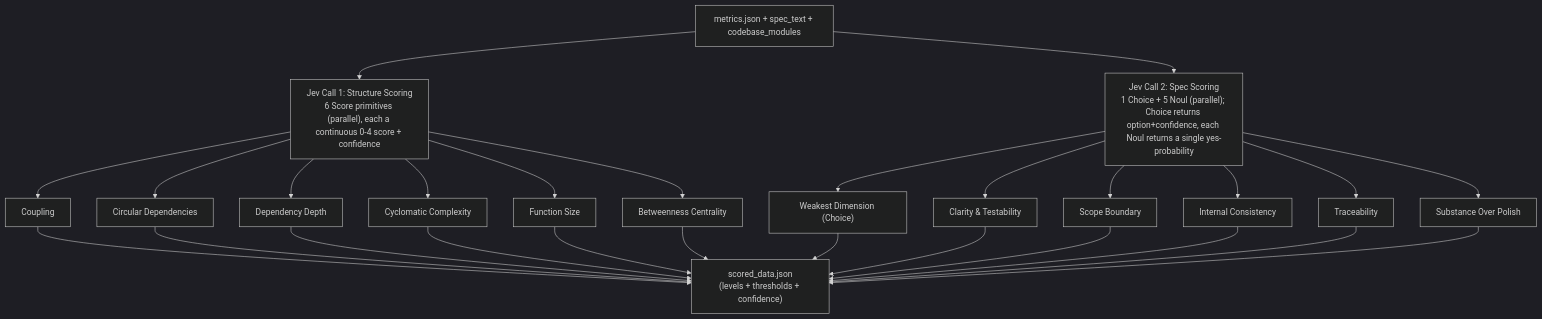
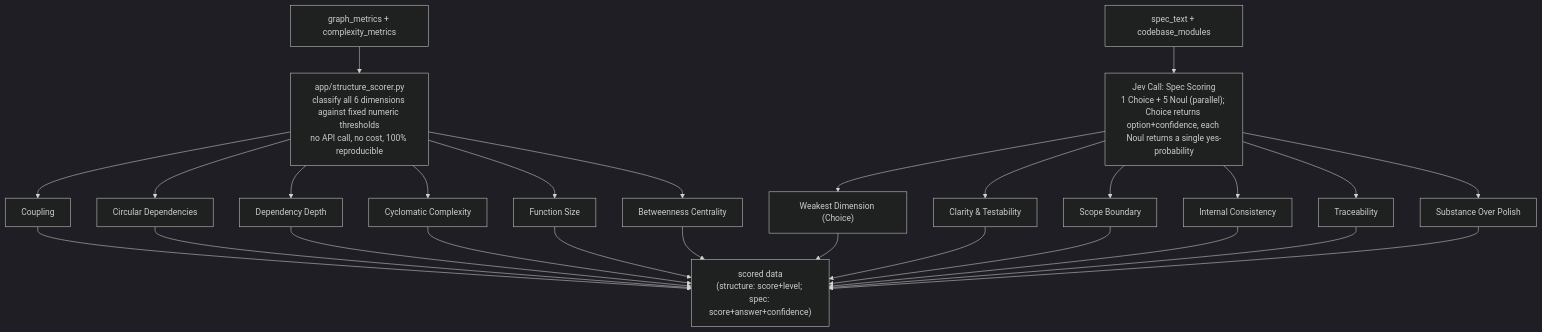
One commit to arieprasetyo-ecomindo/scorer_cli changed the second of 3 diagrams in docs/ARCHITECTURE.md. Above: the diagram before and after it, drawn with Mermaid (dark theme). The commit also changed other lines of this file and 20 other files, not shown here.

````diff
--- a/docs/ARCHITECTURE.md
+++ b/docs/ARCHITECTURE.md
@@ -28,20 +39,20 @@
 ```mermaid
 flowchart TD
-    IN["metrics.json + spec_text + codebase_modules"] --> S["Jev Call 1: Structure Scoring<br/>6 Score primitives (parallel), each a continuous 0-4 score + confidence"]
+    GM["graph_metrics + complexity_metrics"] --> S["app/structure_scorer.py<br/>classify all 6 dimensions against fixed numeric thresholds<br/>no API call, no cost, 100% reproducible"]
     S --> S1["Coupling"]
     S --> S2["Circular Dependencies"]
     S --> S3["Dependency Depth"]
     S --> S4["Cyclomatic Complexity"]
     S --> S5["Function Size"]
     S --> S6["Betweenness Centrality"]
 
-    IN --> P["Jev Call 2: Spec Scoring<br/>1 Choice + 5 Noul (parallel); Choice returns option+confidence, each Noul returns a single yes-probability"]
+    IN["spec_text + codebase_modules"] --> P["Jev Call: Spec Scoring<br/>1 Choice + 5 Noul (parallel); Choice returns option+confidence, each Noul returns a single yes-probability"]
     P --> P0["Weakest Dimension (Choice)"]
     P --> P1["Clarity & Testability"]
     P --> P2["Scope Boundary"]
     P --> P3["Internal Consistency"]
     P --> P4["Traceability"]
     P --> P5["Substance Over Polish"]
 
-    S1 & S2 & S3 & S4 & S5 & S6 & P0 & P1 & P2 & P3 & P4 & P5 --> OUT["scored_data.json<br/>(levels + thresholds + confidence)"]
+    S1 & S2 & S3 & S4 & S5 & S6 & P0 & P1 & P2 & P3 & P4 & P5 --> OUT["scored data<br/>(structure: score+level; spec: score+answer+confidence)"]
 ```
````
